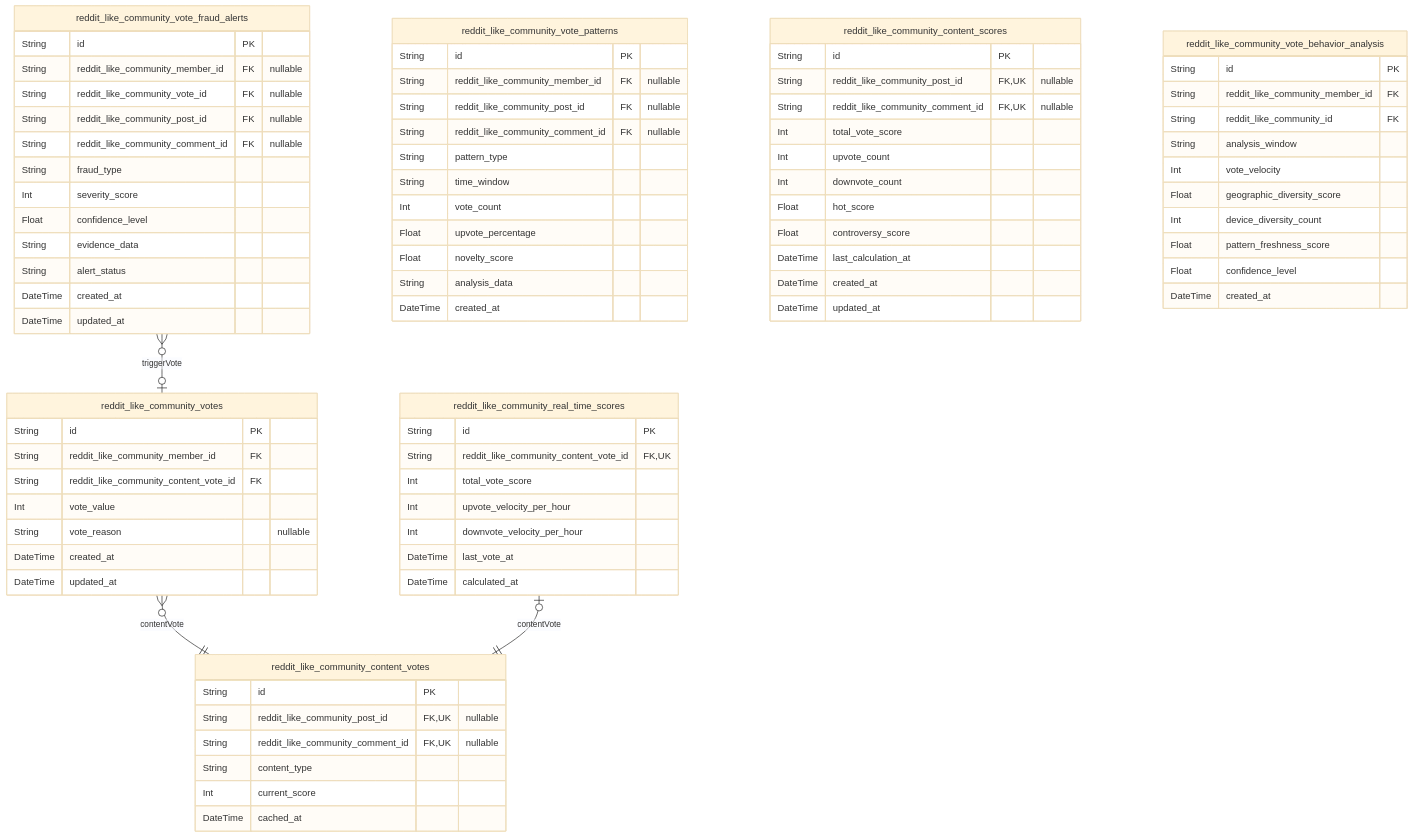
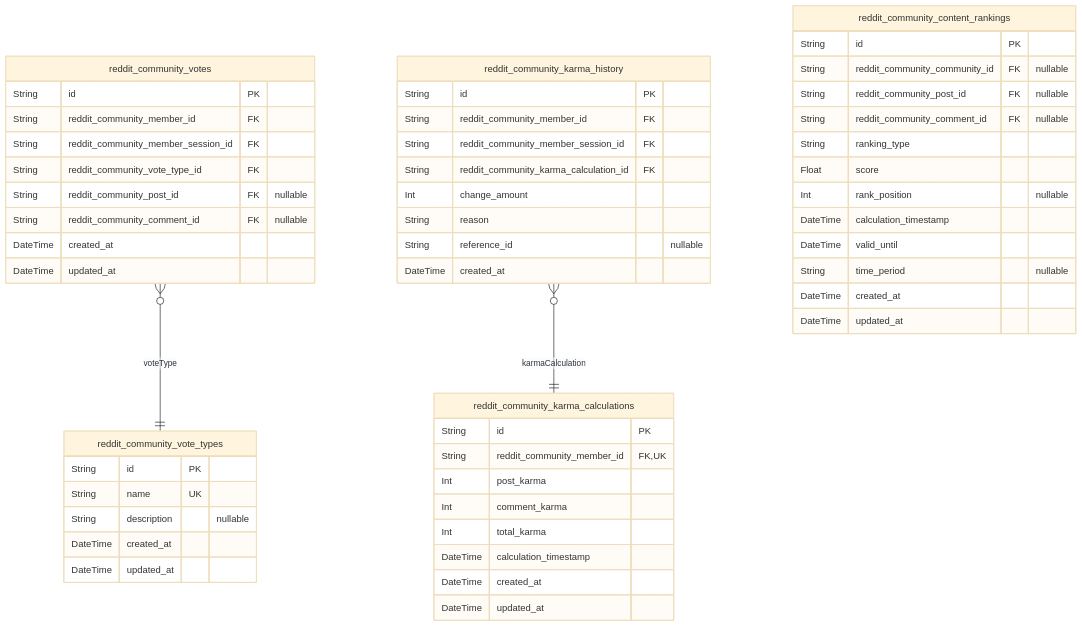
The fifth of 8 diagrams in moonshotai/kimi-k2-0905-exacto/reddit/docs/ERD.md (wrtnlabs/autobe-examples), drawn with Mermaid (base theme) before and after one commit. The commit also changed other lines of this file and 22498 other files, not shown here.

````diff
--- a/moonshotai/kimi-k2-0905-exacto/reddit/docs/ERD.md
+++ b/moonshotai/kimi-k2-0905-exacto/reddit/docs/ERD.md
@@ -966,84 +1013,56 @@
 ```mermaid
 erDiagram
-"reddit_like_community_votes" {
+"reddit_community_votes" {
   String id PK
-  String reddit_like_community_member_id FK
-  String reddit_like_community_content_vote_id FK
-  Int vote_value
-  String vote_reason "nullable"
+  String reddit_community_member_id FK
+  String reddit_community_member_session_id FK
+  String reddit_community_vote_type_id FK
+  String reddit_community_post_id FK "nullable"
+  String reddit_community_comment_id FK "nullable"
   DateTime created_at
   DateTime updated_at
 }
-"reddit_like_community_vote_fraud_alerts" {
+"reddit_community_vote_types" {
   String id PK
-  String reddit_like_community_member_id FK "nullable"
-  String reddit_like_community_vote_id FK "nullable"
-  String reddit_like_community_post_id FK "nullable"
-  String reddit_like_community_comment_id FK "nullable"
-  String fraud_type
-  Int severity_score
-  Float confidence_level
-  String evidence_data
-  String alert_status
+  String name UK
+  String description "nullable"
   DateTime created_at
   DateTime updated_at
 }
-"reddit_like_community_vote_patterns" {
+"reddit_community_karma_calculations" {
   String id PK
-  String reddit_like_community_member_id FK "nullable"
-  String reddit_like_community_post_id FK "nullable"
-  String reddit_like_community_comment_id FK "nullable"
-  String pattern_type
-  String time_window
-  Int vote_count
-  Float upvote_percentage
-  Float novelty_score
-  String analysis_data
-  DateTime created_at
-}
-"reddit_like_community_content_scores" {
-  String id PK
-  String reddit_like_community_post_id FK,UK "nullable"
-  String reddit_like_community_comment_id FK,UK "nullable"
-  Int total_vote_score
-  Int upvote_count
-  Int downvote_count
-  Float hot_score
-  Float controversy_score
-  DateTime last_calculation_at
+  String reddit_community_member_id FK,UK
+  Int post_karma
+  Int comment_karma
+  Int total_karma
+  DateTime calculation_timestamp
   DateTime created_at
   DateTime updated_at
 }
-"reddit_like_community_content_votes" {
+"reddit_community_karma_history" {
   String id PK
-  String reddit_like_community_post_id FK,UK "nullable"
-  String reddit_like_community_comment_id FK,UK "nullable"
-  String content_type
-  Int current_score
-  DateTime cached_at
-}
-"reddit_like_community_vote_behavior_analysis" {
-  String id PK
-  String reddit_like_community_member_id FK
-  String reddit_like_community_id FK
-  String analysis_window
-  Int vote_velocity
-  Float geographic_diversity_score
-  Int device_diversity_count
-  Float pattern_freshness_score
-  Float confidence_level
+  String reddit_community_member_id FK
+  String reddit_community_member_session_id FK
+  String reddit_community_karma_calculation_id FK
+  Int change_amount
+  String reason
+  String reference_id "nullable"
   DateTime created_at
 }
-"reddit_like_community_real_time_scores" {
+"reddit_community_content_rankings" {
   String id PK
-  String reddit_like_community_content_vote_id FK,UK
-  Int total_vote_score
-  Int upvote_velocity_per_hour
-  Int downvote_velocity_per_hour
-  DateTime last_vote_at
-  DateTime calculated_at
+  String reddit_community_community_id FK "nullable"
+  String reddit_community_post_id FK "nullable"
+  String reddit_community_comment_id FK "nullable"
+  String ranking_type
+  Float score
+  Int rank_position "nullable"
+  DateTime calculation_timestamp
+  DateTime valid_until
+  String time_period "nullable"
+  DateTime created_at
+  DateTime updated_at
 }
-"reddit_like_community_votes" }o--|| "reddit_like_community_content_votes" : contentVote
-"reddit_like_community_vote_fraud_alerts" }o--o| "reddit_like_community_votes" : triggerVote
-"reddit_like_community_real_time_scores" |o--|| "reddit_like_community_content_votes" : contentVote
+"reddit_community_votes" }o--|| "reddit_community_vote_types" : voteType
+"reddit_community_karma_history" }o--|| "reddit_community_karma_calculations" : karmaCalculation
 ```
````
